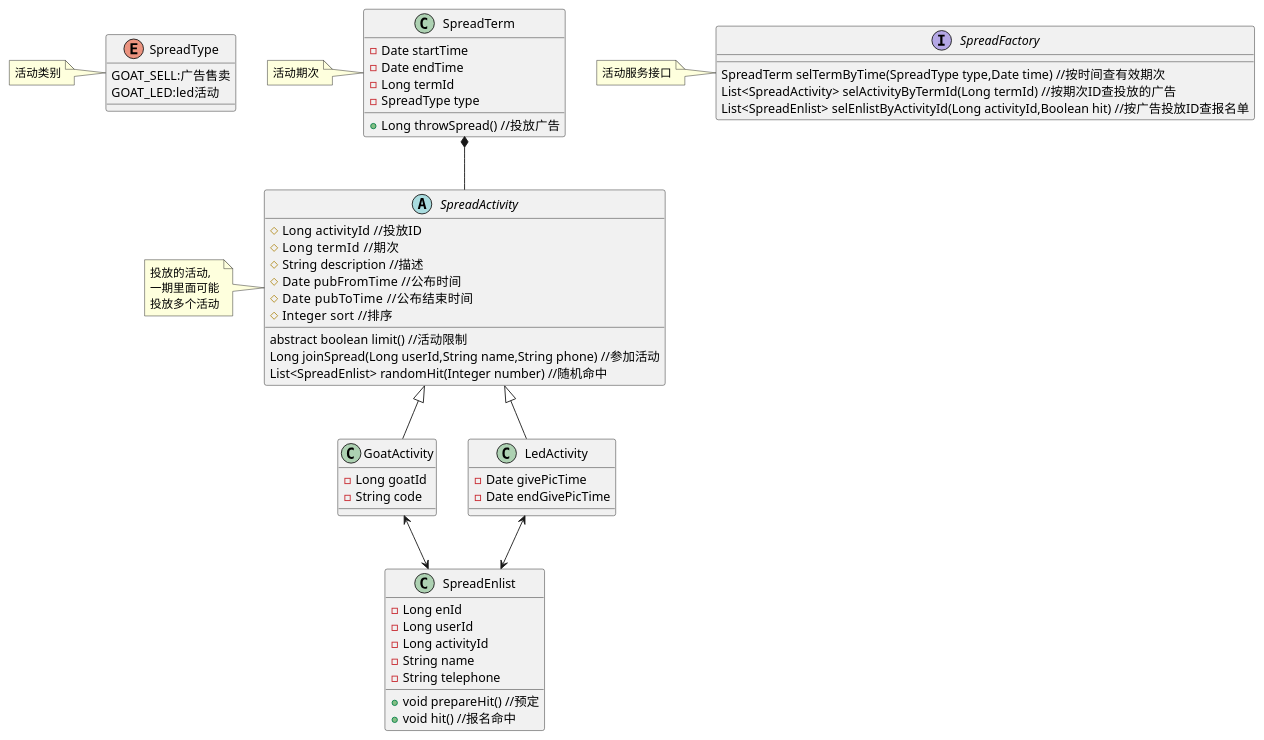
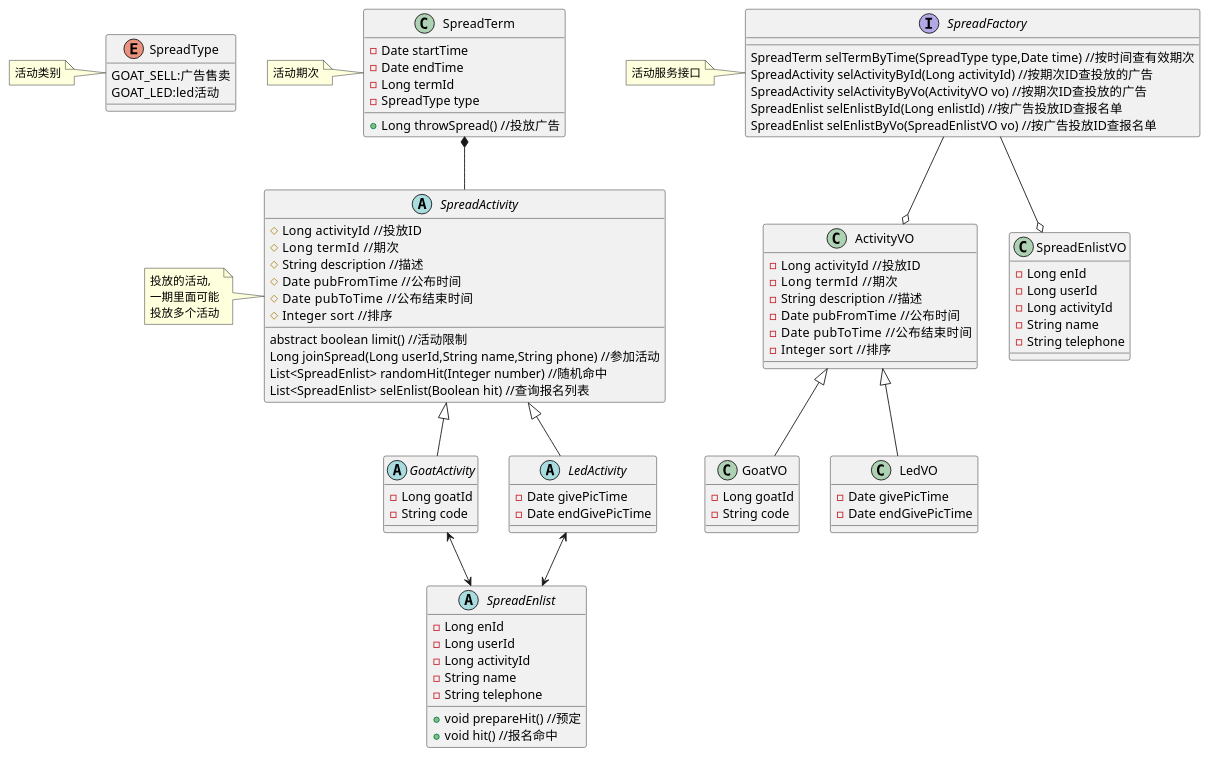
The diagram in main4-spread/main4-spread-api/src/main/resources/spread_class.puml (pogy/main-pom), drawn with PlantUML before and after one commit. The commit also changed 1 other file, not shown here.

```diff
--- a/main4-spread/main4-spread-api/src/main/resources/spread_class.puml
+++ b/main4-spread/main4-spread-api/src/main/resources/spread_class.puml
@@ -1,74 +1,108 @@
 @startuml
 
 enum SpreadType{
 GOAT_SELL:广告售卖
 GOAT_LED:led活动
 }
 
 note left of SpreadType:活动类别
 
 class SpreadTerm{
 -Date startTime
 -Date endTime
 -Long termId
 -SpreadType type
 
 +Long throwSpread() //投放广告
 }
 
 note left of SpreadTerm:活动期次
 
 abstract class SpreadActivity{
 #Long activityId  //投放ID
 #Long termId   //期次
 #String description //描述
 #Date pubFromTime  //公布时间
 #Date pubToTime   //公布结束时间
 #Integer sort  //排序
 
 abstract boolean limit() //活动限制
 Long joinSpread(Long userId,String name,String phone) //参加活动
 List<SpreadEnlist> randomHit(Integer number) //随机命中
+List<SpreadEnlist> selEnlist(Boolean hit) //查询报名列表
 }
 
 note left of SpreadActivity:投放的活动,\n一期里面可能\n投放多个活动
 
-class GoatActivity{
+abstract class GoatActivity{
 -Long goatId
 -String code
 }
 
-class LedActivity{
+class ActivityVO{
+-Long activityId  //投放ID
+-Long termId   //期次
+-String description //描述
+-Date pubFromTime  //公布时间
+-Date pubToTime   //公布结束时间
+-Integer sort  //排序
+}
+
+class GoatVO{
+-Long goatId
+-String code
+}
+
+abstract class LedActivity{
 -Date givePicTime
 -Date endGivePicTime
 }
 
-class SpreadEnlist{
+class LedVO{
+-Date givePicTime
+-Date endGivePicTime
+}
+
+abstract class SpreadEnlist{
 -Long enId
 -Long userId
 -Long activityId
 -String name
 -String telephone
 
 +void prepareHit() //预定
 +void hit() //报名命中
 }
 
+class SpreadEnlistVO{
+-Long enId
+-Long userId
+-Long activityId
+-String name
+-String telephone
+}
+
 interface SpreadFactory{
 SpreadTerm selTermByTime(SpreadType type,Date time) //按时间查有效期次
-List<SpreadActivity> selActivityByTermId(Long termId) //按期次ID查投放的广告
-List<SpreadEnlist> selEnlistByActivityId(Long activityId,Boolean hit) //按广告投放ID查报名单
+SpreadActivity selActivityById(Long activityId) //按期次ID查投放的广告
+SpreadActivity selActivityByVo(ActivityVO vo) //按期次ID查投放的广告
+SpreadEnlist selEnlistById(Long enlistId) //按广告投放ID查报名单
+SpreadEnlist selEnlistByVo(SpreadEnlistVO vo) //按广告投放ID查报名单
 
 }
 
 note left of SpreadFactory:活动服务接口
 SpreadActivity <|-- GoatActivity
 
 SpreadActivity <|-- LedActivity
 
 SpreadTerm *-- SpreadActivity
 
 GoatActivity <--> SpreadEnlist
 LedActivity <--> SpreadEnlist
+SpreadFactory --o SpreadEnlistVO
+SpreadFactory --o ActivityVO
+ActivityVO <|-- LedVO
+ActivityVO <|-- GoatVO
 
 @enduml
```
